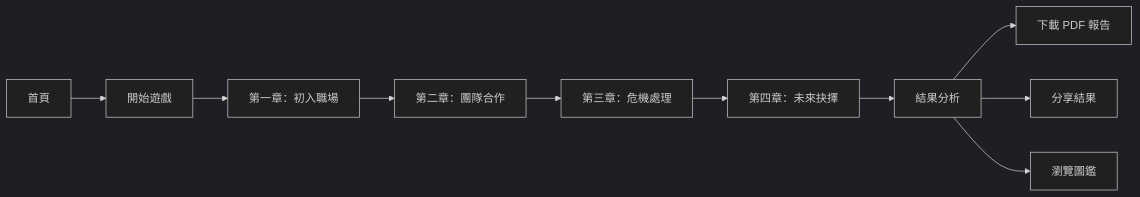
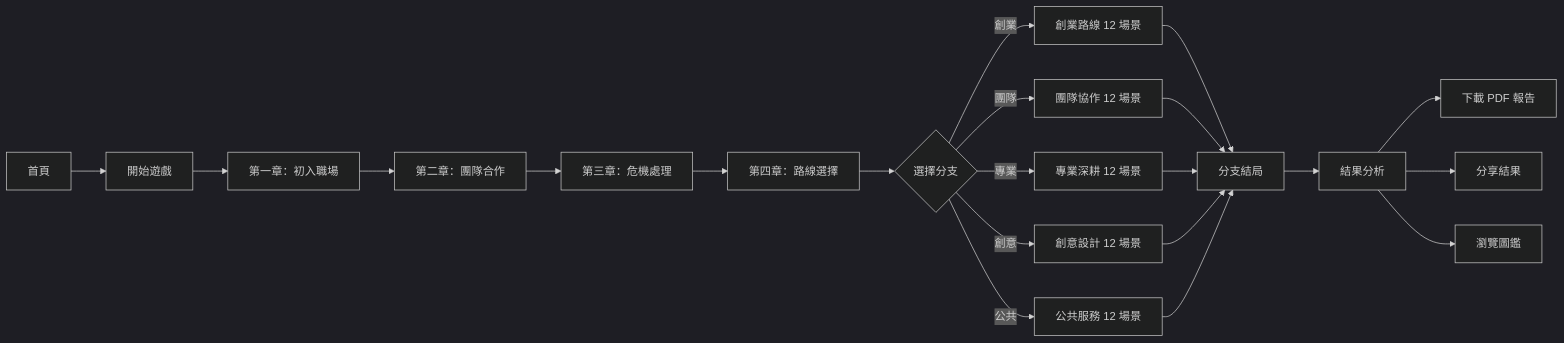
One commit to will050512/Occupational-aptitude-analysis-system changed the diagram in README.md. Above: the diagram before and after it, drawn with Mermaid (dark theme). The commit also changed other lines of this file and 34 other files, not shown here.

````diff
--- a/README.md
+++ b/README.md
@@ -180,12 +220,23 @@
 ```mermaid
 graph LR
     A[首頁] --> B[開始遊戲]
     B --> C[第一章：初入職場]
     C --> D[第二章：團隊合作]
     D --> E[第三章：危機處理]
-    E --> F[第四章：未來抉擇]
-    F --> G[結果分析]
-    G --> H[下載 PDF 報告]
-    G --> I[分享結果]
-    G --> J[瀏覽圖鑑]
+    E --> F[第四章：路線選擇]
+    F --> G{選擇分支}
+    G -->|創業| H1[創業路線 12 場景]
+    G -->|團隊| H2[團隊協作 12 場景]
+    G -->|專業| H3[專業深耕 12 場景]
+    G -->|創意| H4[創意設計 12 場景]
+    G -->|公共| H5[公共服務 12 場景]
+    H1 --> I[分支結局]
+    H2 --> I
+    H3 --> I
+    H4 --> I
+    H5 --> I
+    I --> J[結果分析]
+    J --> K[下載 PDF 報告]
+    J --> L[分享結果]
+    J --> M[瀏覽圖鑑]
 ```
````
